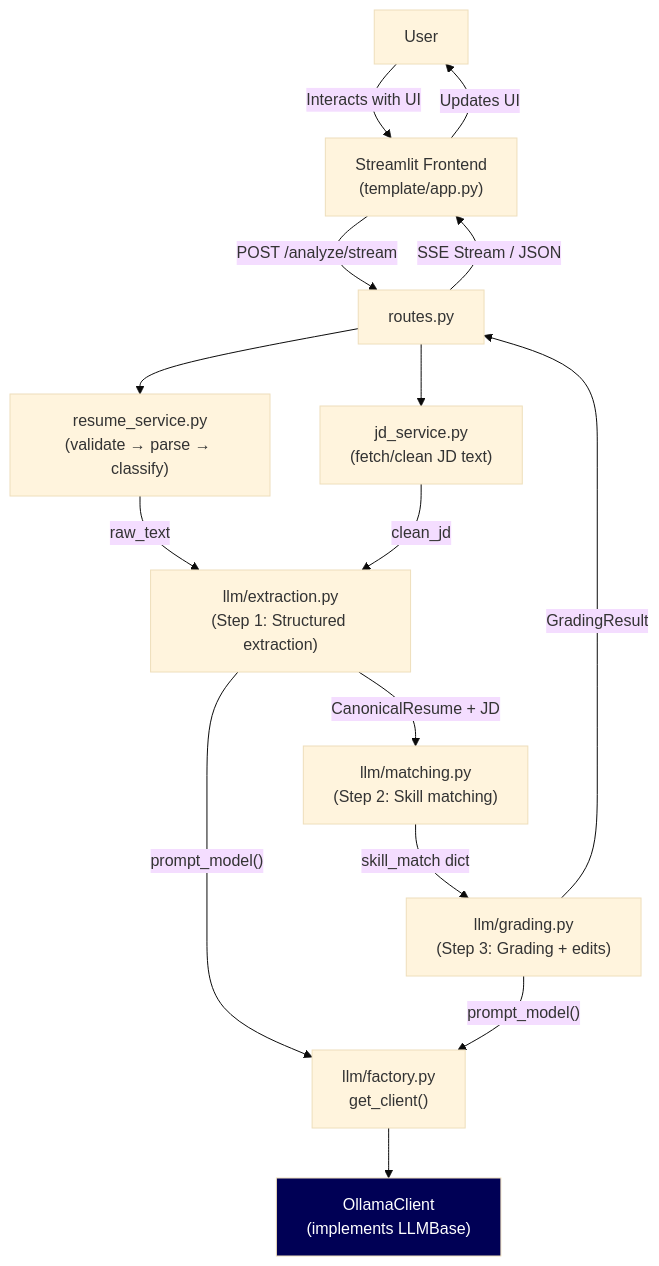
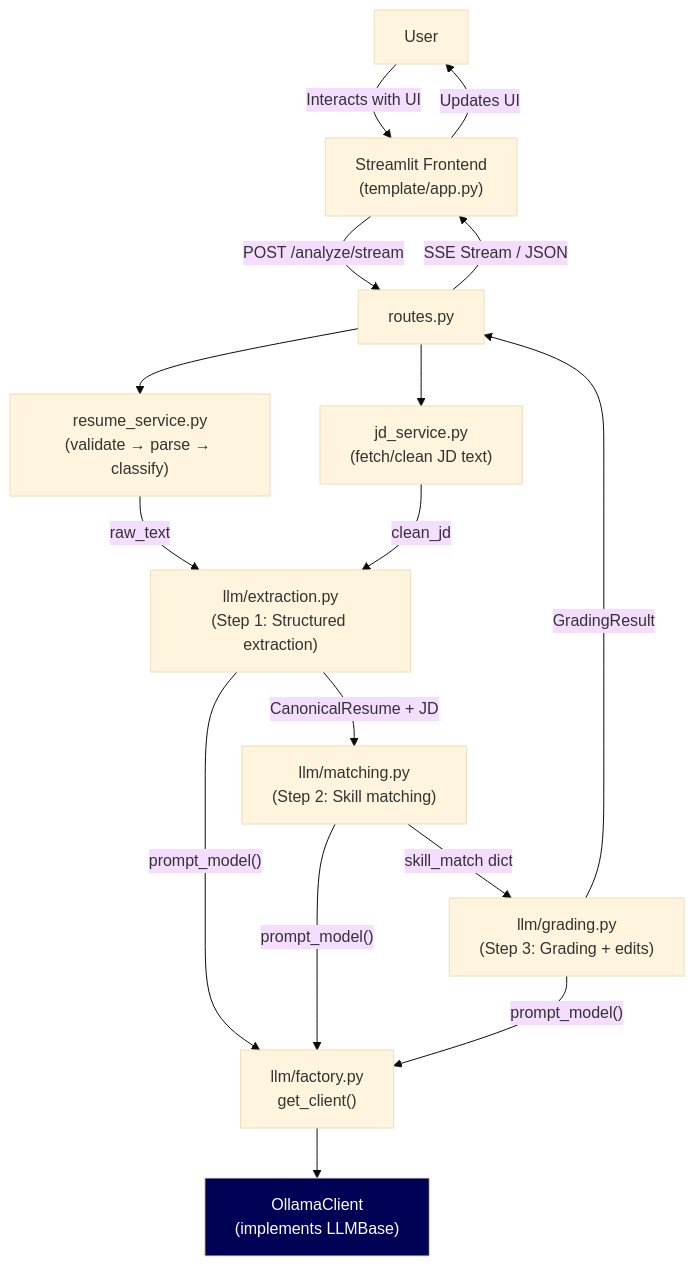
Before and after one commit to boazleleina/resume_agent: the diagram in ARCHITECTURE.md, drawn with Mermaid (base theme). The commit also changed other lines of this file and 3 other files, not shown here.

Commit message:
docs: update architecture, changelog, and design docs

````diff
--- a/ARCHITECTURE.md
+++ b/ARCHITECTURE.md
@@ -63,24 +65,24 @@
 ```mermaid
 graph TD
     User["User"] -->|"Interacts with UI"| Streamlit["Streamlit Frontend\n(template/app.py)"]
     Streamlit -->|"POST /analyze/stream"| Routes["routes.py"]
 
     Routes --> ResumeService["resume_service.py\n(validate → parse → classify)"]
     Routes --> JDService["jd_service.py\n(fetch/clean JD text)"]
 
     ResumeService -->|"raw_text"| Extraction["llm/extraction.py\n(Step 1: Structured extraction)"]
     JDService -->|"clean_jd"| Extraction
 
     Extraction -->|"CanonicalResume + JD"| Matching["llm/matching.py\n(Step 2: Skill matching)"]
     Matching -->|"skill_match dict"| Grading["llm/grading.py\n(Step 3: Grading + edits)"]
 
-    Extraction & Grading -->|"prompt_model()"| Factory["llm/factory.py\nget_client()"]
+    Extraction & Matching & Grading -->|"prompt_model()"| Factory["llm/factory.py\nget_client()"]
     Factory --> OllamaClient["OllamaClient\n(implements LLMBase)"]
 
     Grading -->|"GradingResult"| Routes
     Routes -->|"SSE Stream / JSON"| Streamlit
     Streamlit -->|"Updates UI"| User
 
     classDef provider fill:#005,color:#fff;
     class OllamaClient provider
 ```
````
